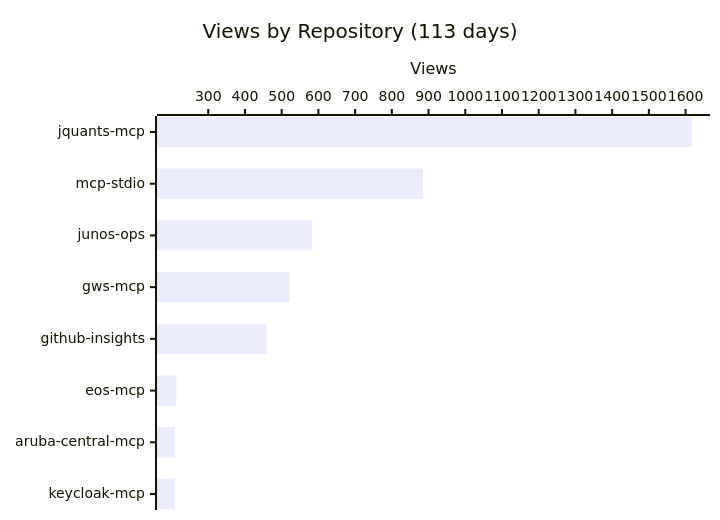
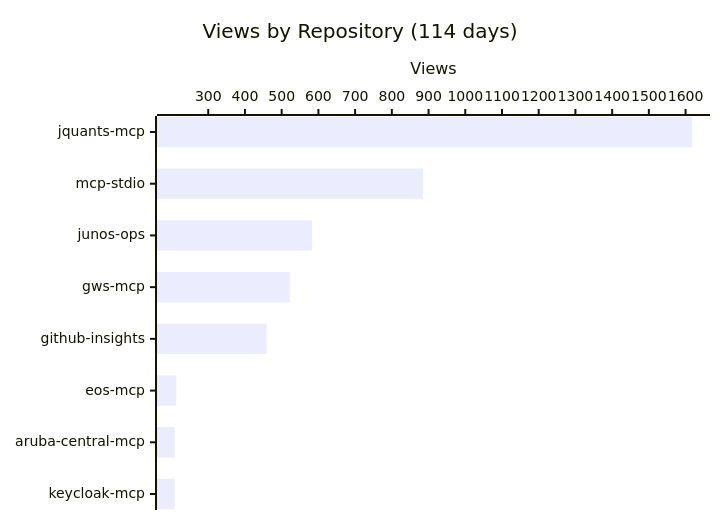
One commit to shigechika/github-insights changed the first of 4 diagrams in README.md. Above: the diagram before and after it, drawn with Mermaid. The commit also changed other lines of this file and 2 other files, not shown here.

````diff
--- a/README.md
+++ b/README.md
@@ -18,7 +18,7 @@
 ```mermaid
 xychart-beta horizontal
-    title "Views by Repository (113 days)"
+    title "Views by Repository (114 days)"
     x-axis ["jquants-mcp", "mcp-stdio", "junos-ops", "gws-mcp", "github-insights", "eos-mcp", "aruba-central-mcp", "keycloak-mcp"]
     y-axis "Views"
     bar [1618, 885, 583, 522, 459, 213, 209, 209]
 ```
````
